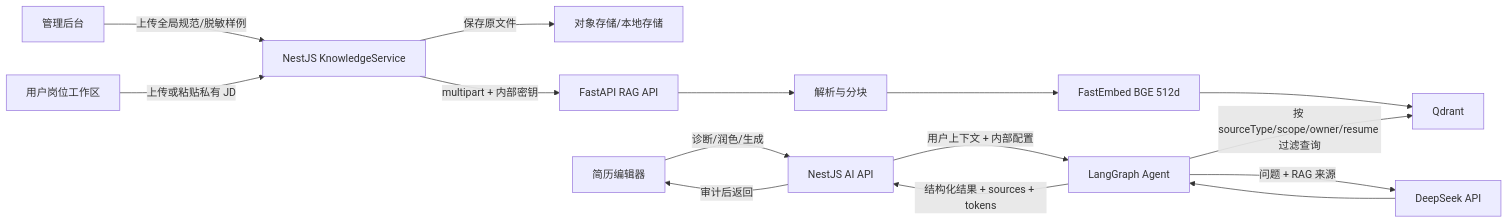
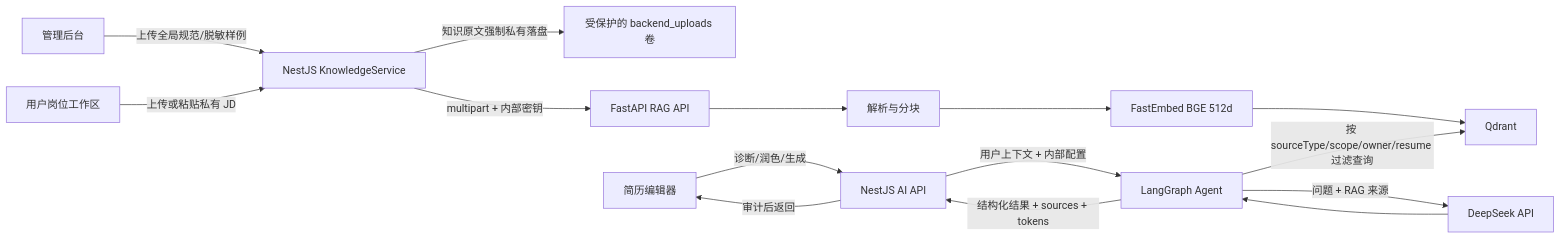
Before and after one commit to ParametersMao/ResumeSystem: the diagram in docs/REAL_RAG_ENGINEERING_GUIDE.md, drawn with Mermaid. The commit also changed other lines of this file and 105 other files, not shown here.

````diff
--- a/docs/REAL_RAG_ENGINEERING_GUIDE.md
+++ b/docs/REAL_RAG_ENGINEERING_GUIDE.md
@@ -89,17 +92,17 @@
 ```mermaid
 flowchart LR
   A[管理后台] -->|上传全局规范/脱敏样例| B[NestJS KnowledgeService]
   J[用户岗位工作区] -->|上传或粘贴私有 JD| B
-  B -->|保存原文件| S[对象存储/本地存储]
+  B -->|知识原文强制私有落盘| S[受保护的 backend_uploads 卷]
   B -->|multipart + 内部密钥| C[FastAPI RAG API]
   C --> D[解析与分块]
   D --> E[FastEmbed BGE 512d]
   E --> F[Qdrant]
   U[简历编辑器] -->|诊断/润色/生成| G[NestJS AI API]
   G -->|用户上下文 + 内部配置| H[LangGraph Agent]
   H -->|按 sourceType/scope/owner/resume 过滤查询| F
   H -->|问题 + RAG 来源| I[DeepSeek API]
   I --> H
   H -->|结构化结果 + sources + tokens| G
   G -->|审计后返回| U
 ```
````
